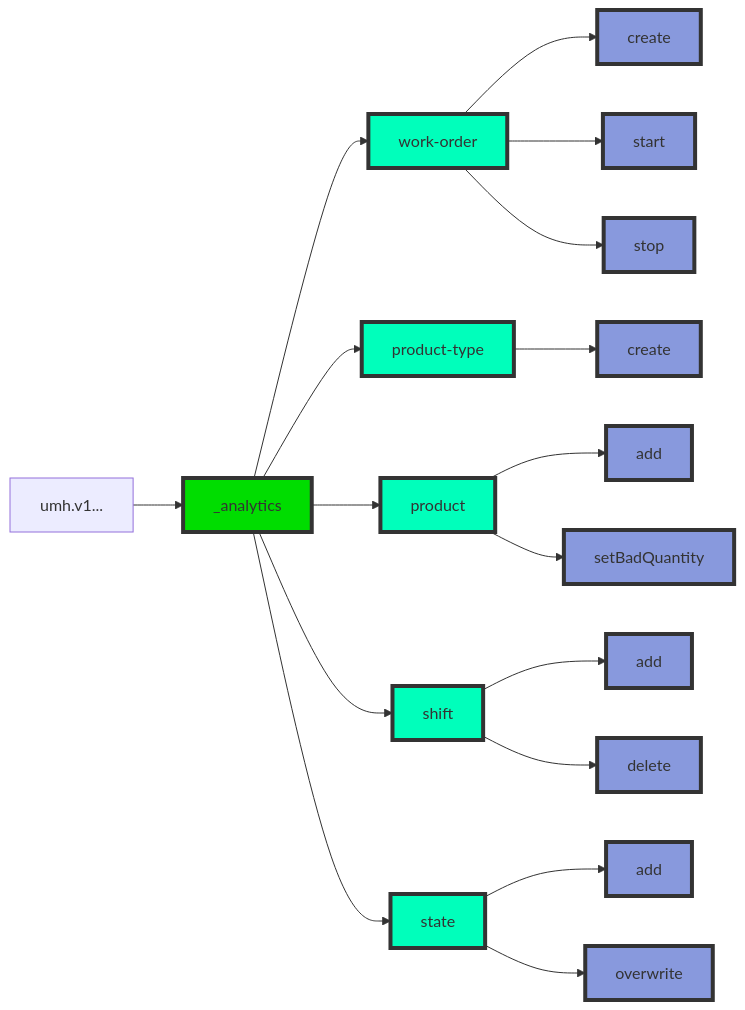
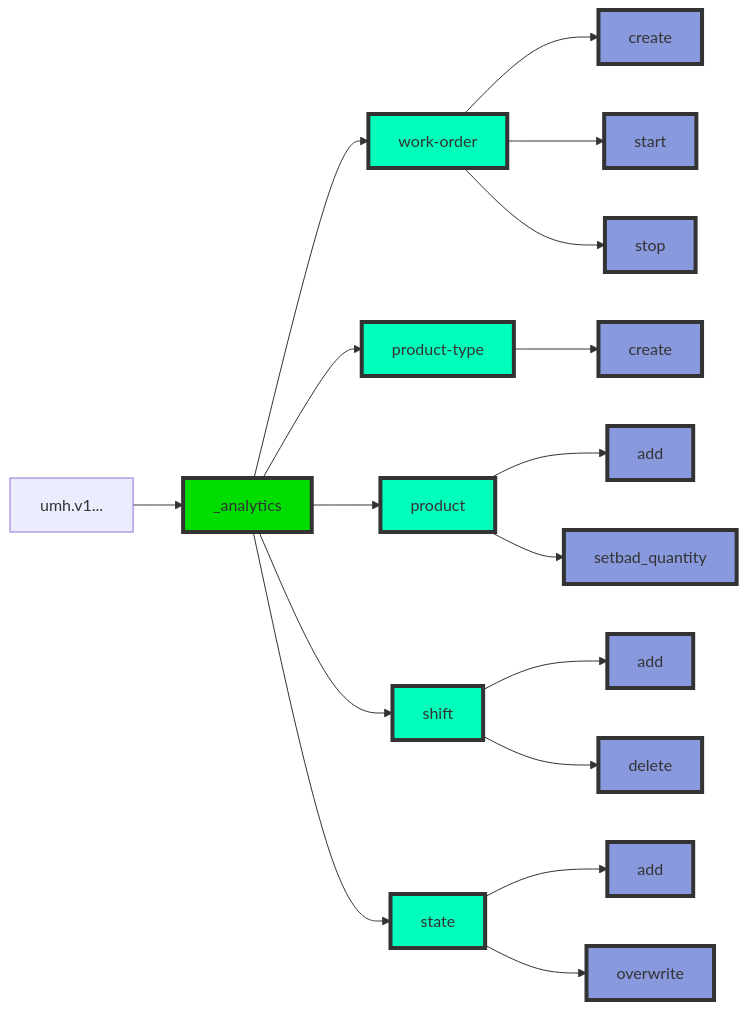
One commit to united-manufacturing-hub/umh.docs.umh.app changed the diagram in umh.docs.umh.app/content/en/docs/datamodel/messages/_analytics.md. Above: the diagram before and after it, drawn with Mermaid. The commit also changed other lines of this file, not shown here.

```diff
--- a/umh.docs.umh.app/content/en/docs/datamodel/messages/_analytics.md
+++ b/umh.docs.umh.app/content/en/docs/datamodel/messages/_analytics.md
@@ -9,58 +9,58 @@
 {{<mermaid theme="neutral" >}}
 flowchart LR
 topicStart["umh.v1..."] --> _analytics
 
 
 _analytics --> wo[work-order]
 wo --> wo-create[create]
 wo --> wo-start[start]
 wo --> wo-stop[stop]
 
 
 _analytics --> pt[product-type]
 pt --> pt-create[create]
 
 _analytics --> p[product]
 p --> p-add[add]
-p --> p-set-bad-quantity[setBadQuantity]
+p --> p-set-bad-quantity[setbad_quantity]
 
 _analytics --> s[shift]
 s --> s-add[add]
 s --> s-delete[delete]
 
 _analytics --> st[state]
 st --> st-add[add]
 st --> st-overwrite[overwrite]
 
 
     classDef mqtt fill:#00dd00,stroke:#333,stroke-width:4px;
     class umh,v1,enterprise,_analytics mqtt;
 
     classDef type fill:#00ffbb,stroke:#333,stroke-width:4px;
     class wo,pt,p,s,st type;
 
     classDef func fill:#8899dd,stroke:#333,stroke-width:4px;
     class wo-create,wo-start,wo-stop,pt-create,p-add,p-set-bad-quantity,s-add,s-delete,st-add,st-overwrite func;
 
     click topicStart href "../"
     click wo href "#work-order"
     click pt href "#product-type"
     click p href "#product"
     click s href "#shift"
 
     click wo-create href "#create"
     click wo-start href "#start"
     click wo-stop href "#stop"
 
     click pt-create href "#create-1"
 
     click p-add href "#add"
     click p-set-bad-quantity href "#set-bad-quantity"
 
     click s-add href "#add-1"
     click s-delete href "#delete"
 
     click st-add href "#add-2"
     click st-overwrite href "#overwrite"
 
 {{</ mermaid >}}
```
